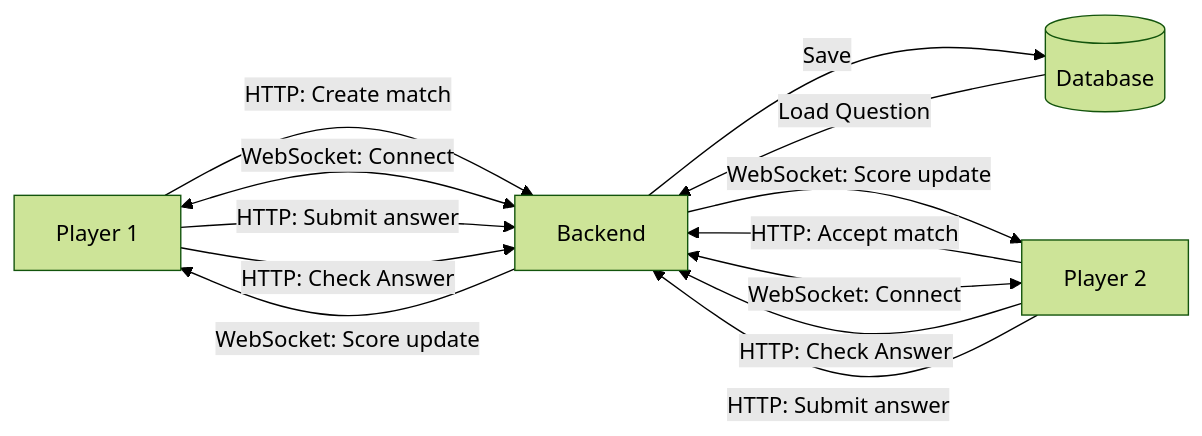
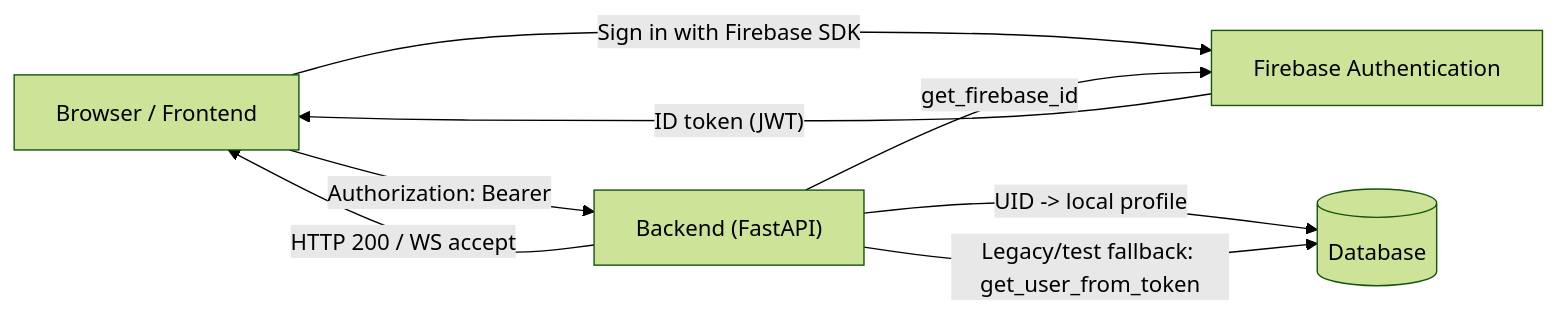
The eighth of 8 diagrams in docs/DESIGN.md (PSI-RDB-2026/QuizApp), drawn with Mermaid (forest theme) before and after one commit. The commit also changed other lines of this file, not shown here.

````diff
--- a/docs/DESIGN.md
+++ b/docs/DESIGN.md
@@ -134,24 +942,15 @@
 ```mermaid
 flowchart LR
-    P1[Player 1]
-    P2[Player 2]
-    Backend[Backend]
+    Browser[Browser / Frontend]
+    FirebaseAuth[Firebase Authentication]
+    Backend["Backend (FastAPI)"]
     DB[(Database)]
 
-    P1 -->|HTTP: Create match| Backend
-
-    P2 -->|HTTP: Accept match| Backend
-
-    P1 <-->|WebSocket: Connect| Backend
-    P2 <-->|WebSocket: Connect| Backend
-
-    P1 -->|HTTP: Submit answer| Backend
-    Backend -->|Save| DB
-    Backend -->|WebSocket: Score update| P2
-    P1 -->|HTTP: Check Answer| Backend
-    P2 -->|HTTP: Check Answer| Backend
-
-    P2 -->|HTTP: Submit answer| Backend
-    DB -->|Load Question| Backend
-    Backend -->|WebSocket: Score update| P1
+    Browser -->|Sign in with Firebase SDK| FirebaseAuth
+    FirebaseAuth -->|"ID token (JWT)"| Browser
+    Browser -->|Authorization: Bearer <id_token>| Backend
+    Backend -->|get_firebase_id| FirebaseAuth
+    Backend -->|UID -> local profile| DB
+    Backend -->|Legacy/test fallback: get_user_from_token| DB
+    Backend -->|HTTP 200 / WS accept| Browser
 ```
````
